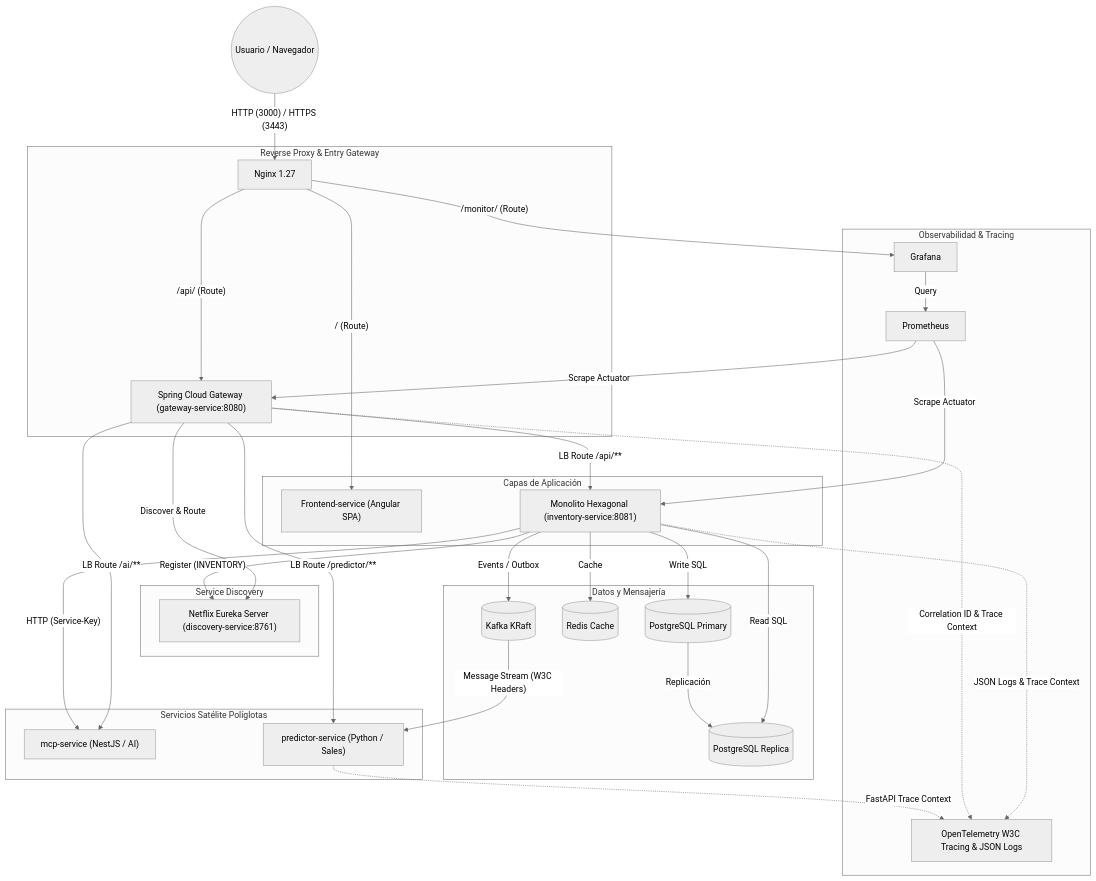
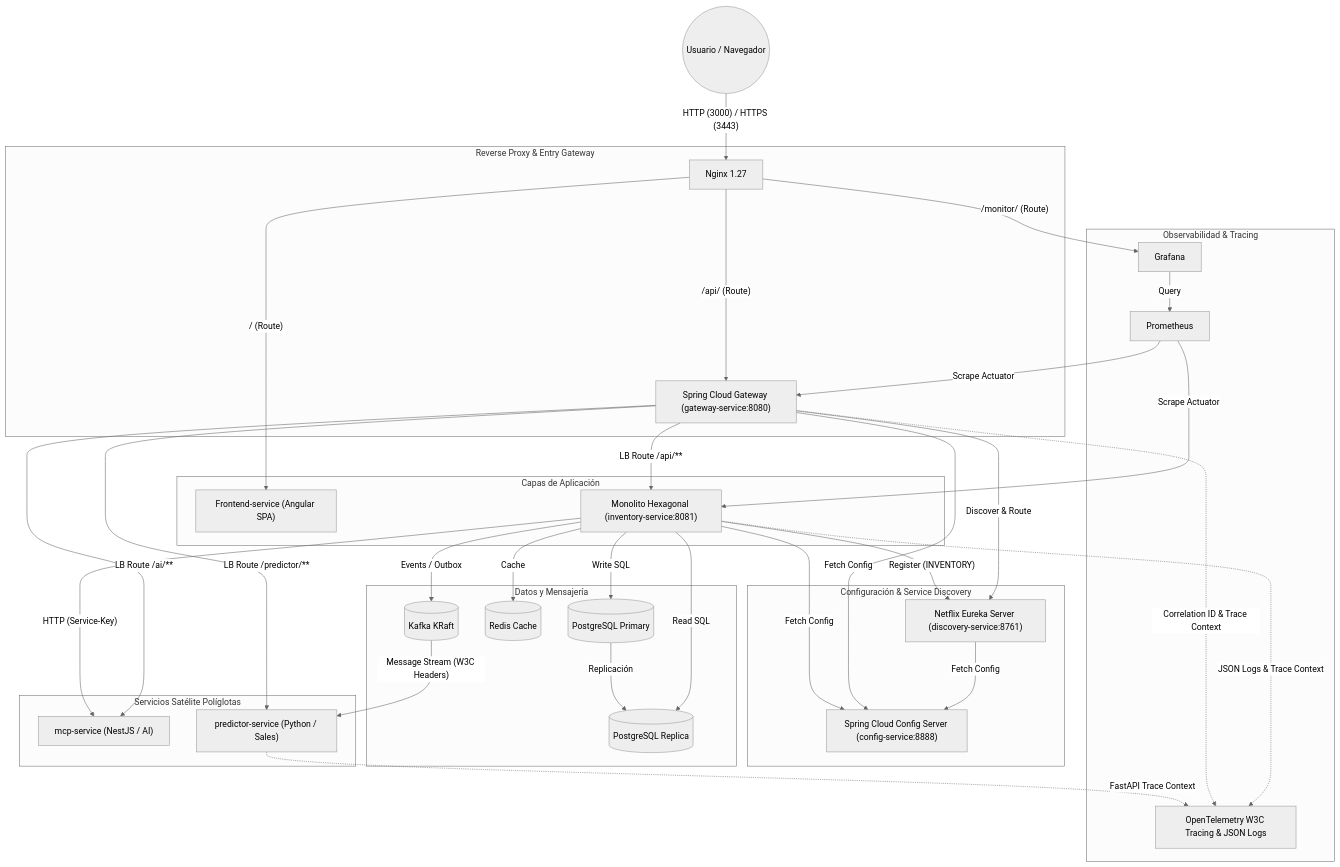
One commit to FranWDev/smart-economato-API changed the diagram in README.md. Above: the diagram before and after it, drawn with Mermaid (neutral theme). The commit also changed other lines of this file and 5 other files, not shown here.

````diff
--- a/README.md
+++ b/README.md
@@ -21,66 +21,72 @@
 ```mermaid
 graph TD
     User((Usuario / Navegador))
     
+    subgraph "Configuración & Service Discovery"
+        CFG["Spring Cloud Config Server (config-service:8888)"]
+        EUK["Netflix Eureka Server (discovery-service:8761)"]
+    end
+
     subgraph "Reverse Proxy & Entry Gateway"
         NG["Nginx 1.27"]
         GW["Spring Cloud Gateway (gateway-service:8080)"]
-    end
-
-    subgraph "Service Discovery"
-        EUK["Netflix Eureka Server (discovery-service:8761)"]
     end
 
     subgraph "Capas de Aplicación"
         FE["Frontend-service (Angular SPA)"]
         BE["Monolito Hexagonal (inventory-service:8081)"]
     end
 
     subgraph "Servicios Satélite Políglotas"
         MCP["mcp-service (NestJS / AI)"]
         PRED["predictor-service (Python / Sales)"]
     end
 
     subgraph "Datos y Mensajería"
         PG[(PostgreSQL Primary)]
         PGR[(PostgreSQL Replica)]
         RD[(Redis Cache)]
         KF[(Kafka KRaft)]
     end
 
     subgraph "Observabilidad & Tracing"
         PROM[Prometheus]
         GRAF[Grafana]
         OTEL[OpenTelemetry W3C Tracing & JSON Logs]
     end
+
+    %% Flujos de Configuración
+    EUK -- "Fetch Config" --> CFG
+    GW -- "Fetch Config" --> CFG
+    BE -- "Fetch Config" --> CFG
 
     %% Flujos Externos (Vía Proxy)
     User -- "HTTP (3000) / HTTPS (3443)" --> NG
     NG -- "/ (Route)" --> FE
     NG -- "/api/ (Route)" --> GW
     NG -- "/monitor/ (Route)" --> GRAF
 
     %% Gateway & Service Discovery
     GW -- "Discover & Route" --> EUK
     BE -- "Register (INVENTORY)" --> EUK
     GW -- "LB Route /api/**" --> BE
     GW -- "LB Route /predictor/**" --> PRED
     GW -- "LB Route /ai/**" --> MCP
 
     %% Comunicación Inter-Servicio
     BE -- "Write SQL" --> PG
     BE -- "Read SQL" --> PGR
     PG -- "Replicación" --> PGR
     BE -- "Cache" --> RD
     BE -- "Events / Outbox" --> KF
     KF -- "Message Stream (W3C Headers)" --> PRED
     BE -- "HTTP (Service-Key)" --> MCP
 
     %% Observabilidad
     BE -. "JSON Logs & Trace Context" .-> OTEL
     GW -. "Correlation ID & Trace Context" .-> OTEL
     PRED -. "FastAPI Trace Context" .-> OTEL
     PROM -- "Scrape Actuator" --> BE
     PROM -- "Scrape Actuator" --> GW
     GRAF -- "Query" --> PROM
 ```
````
